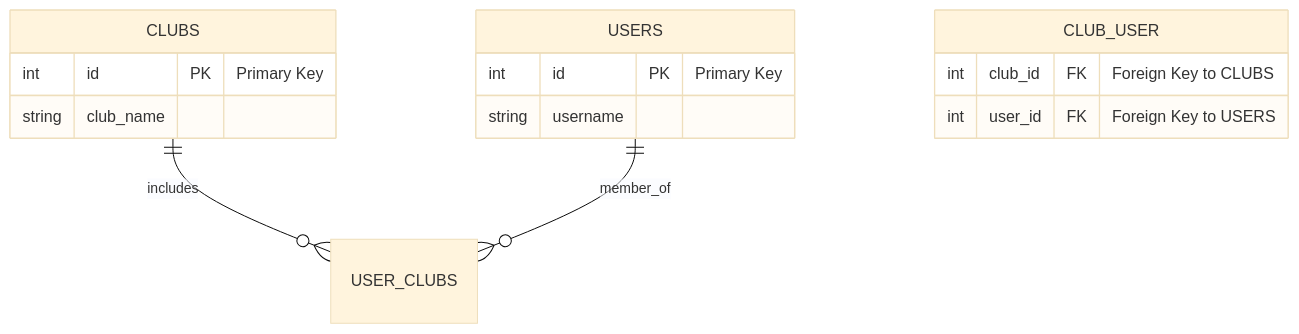
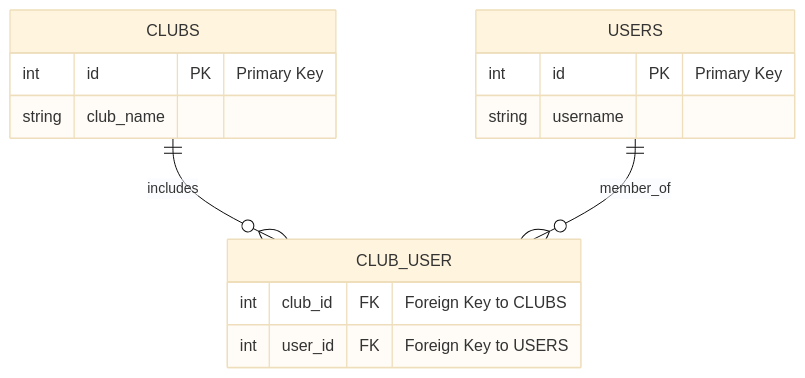
Before and after one commit to hambern/datakurser: the second of 4 diagrams in webbserverprogrammering_1/lektioner/skapa_databaser/README.md, drawn with Mermaid (base theme).

```diff
--- a/webbserverprogrammering_1/lektioner/skapa_databaser/README.md
+++ b/webbserverprogrammering_1/lektioner/skapa_databaser/README.md
@@ -156,17 +156,17 @@
 ~~~mermaid
 erDiagram
-    CLUBS ||--o{ USER_CLUBS : includes
-    USERS ||--o{ USER_CLUBS : member_of
+    CLUBS ||--o{ CLUB_USER : includes
+    USERS ||--o{ CLUB_USER : member_of
     CLUBS {
         int id PK "Primary Key"
         string club_name
     }
     USERS {
         int id PK "Primary Key"
         string username
     }
     CLUB_USER {
         int club_id FK "Foreign Key to CLUBS"
         int user_id FK "Foreign Key to USERS"
     }
 ~~~
```
